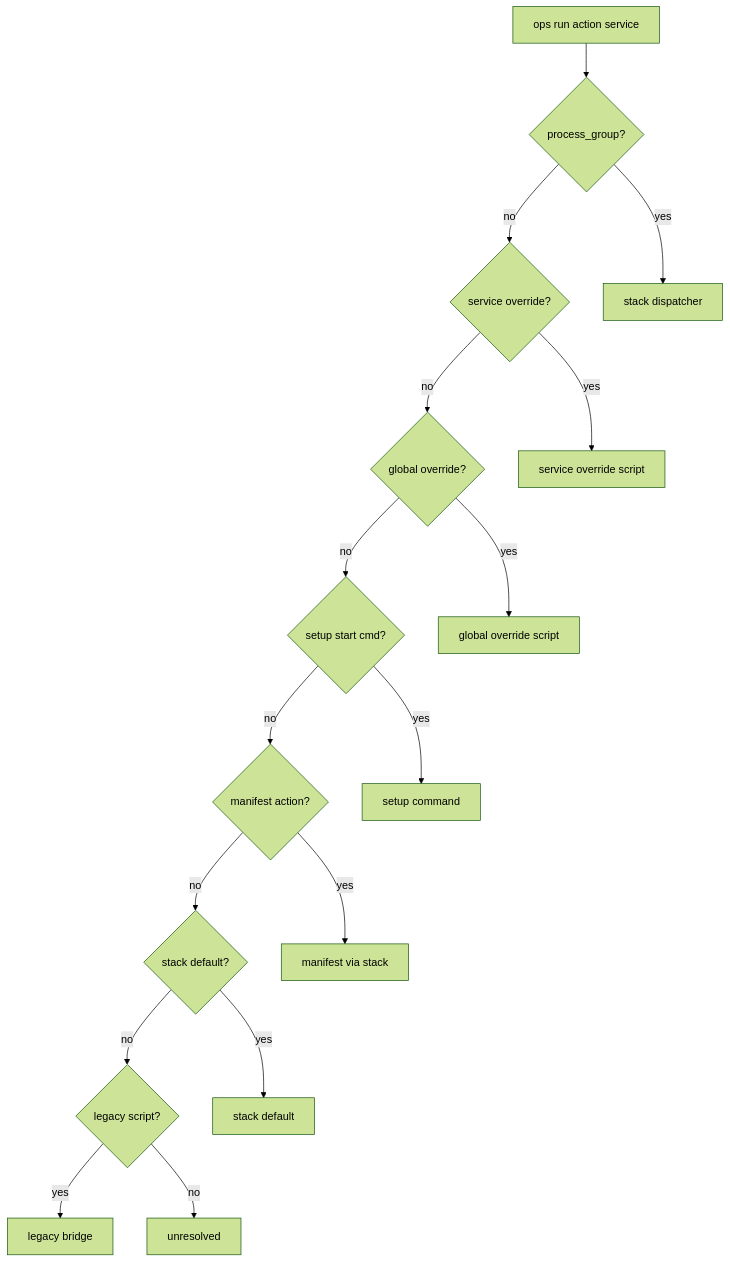
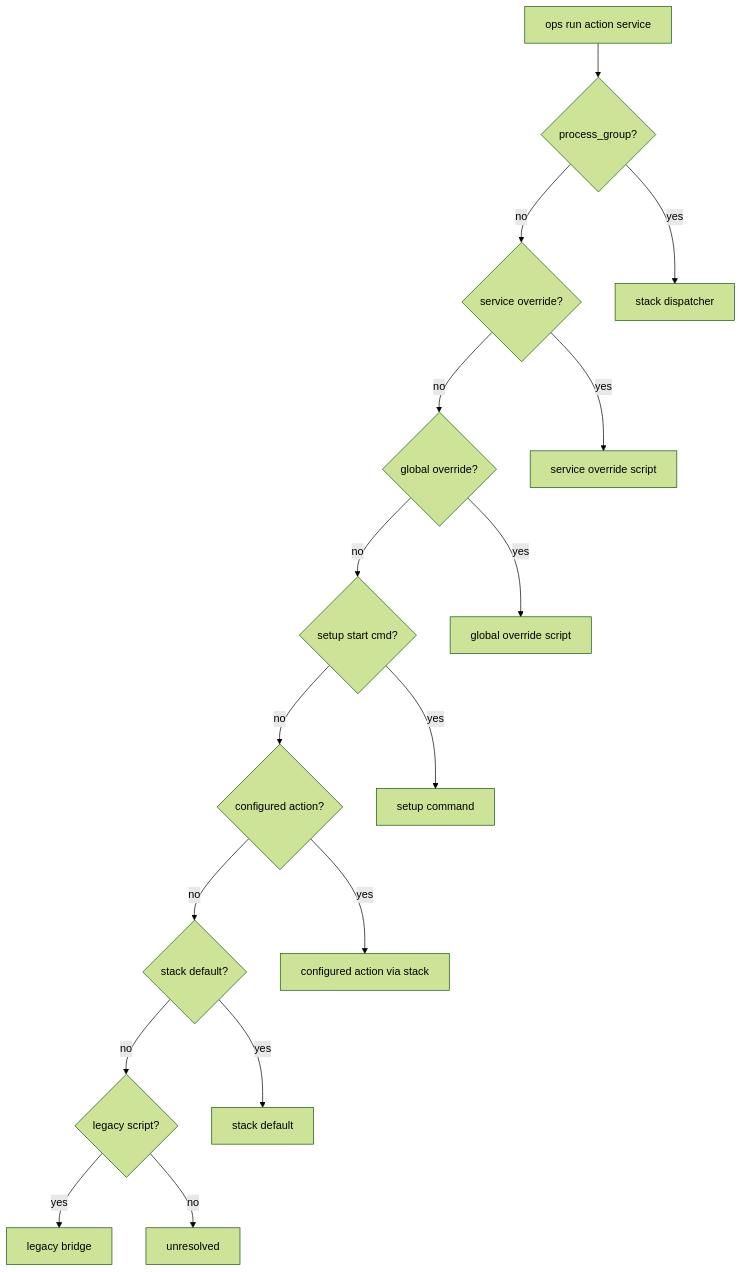
One commit to erkuysal/ops_engine changed the diagram in docs/reference/action-resolution.md. Above: the diagram before and after it, drawn with Mermaid (forest theme). The commit also changed other lines of this file and 24 other files, not shown here.

````diff
--- a/docs/reference/action-resolution.md
+++ b/docs/reference/action-resolution.md
@@ -26,27 +26,27 @@
 ```mermaid
 flowchart TD
   run[ops run action service]
   pg{process_group?}
   so{service override?}
   go{global override?}
   sc{setup start cmd?}
-  ma{manifest action?}
+  ma{configured action?}
   sd{stack default?}
   leg{legacy script?}
 
   run --> pg
   pg -->|yes| stackDispatch[stack dispatcher]
   pg -->|no| so
   so -->|yes| svcOverride[service override script]
   so -->|no| go
   go -->|yes| globOverride[global override script]
   go -->|no| sc
   sc -->|yes| setupCmd[setup command]
   sc -->|no| ma
-  ma -->|yes| manifestCmd[manifest via stack]
+  ma -->|yes| configuredCmd[configured action via stack]
   ma -->|no| sd
   sd -->|yes| stackDefault[stack default]
   sd -->|no| leg
   leg -->|yes| legacyBridge[legacy bridge]
   leg -->|no| unresolved[unresolved]
 ```
````
